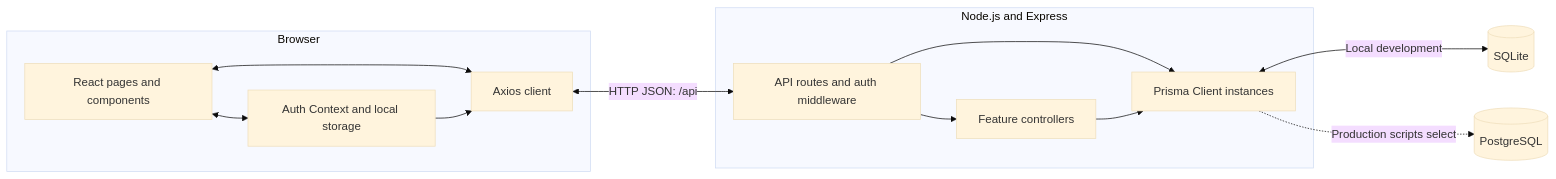
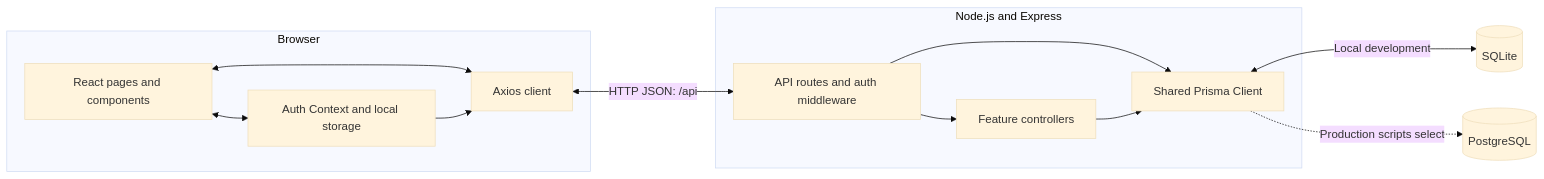
One commit to agiletodd/TrueNarrative.io changed the diagram in README.md. Above: the diagram before and after it, drawn with Mermaid (base theme). The commit also changed other lines of this file and 42 other files, not shown here.

````diff
--- a/README.md
+++ b/README.md
@@ -33,22 +33,22 @@
 ```mermaid
 flowchart LR
     subgraph Browser[Browser]
         UI[React pages and components]
         State[Auth Context and local storage]
         HTTP[Axios client]
         UI <--> State
         UI <--> HTTP
         State --> HTTP
     end
     subgraph Backend[Node.js and Express]
         Routes[API routes and auth middleware]
         Controllers[Feature controllers]
-        Prisma[Prisma Client instances]
+        Prisma[Shared Prisma Client]
         Routes --> Controllers
         Routes --> Prisma
         Controllers --> Prisma
     end
     HTTP <-->|HTTP JSON: /api| Routes
     Prisma <-->|Local development| SQLite[(SQLite)]
     Prisma -.->|Production scripts select| PostgreSQL[(PostgreSQL)]
 ```
````
